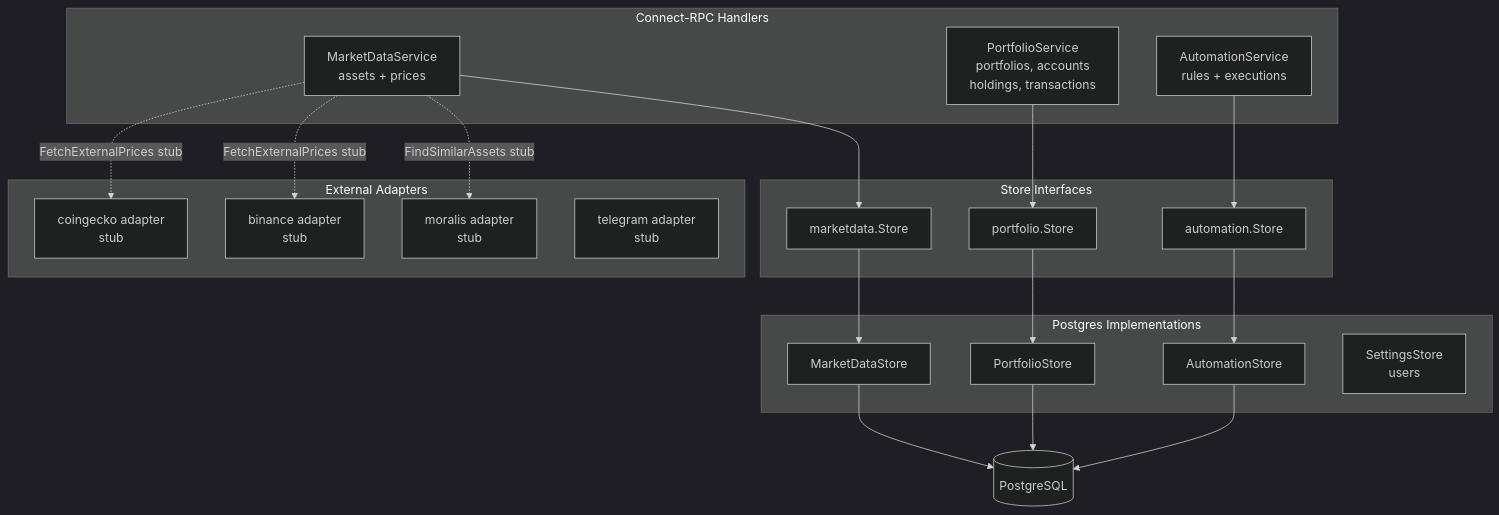
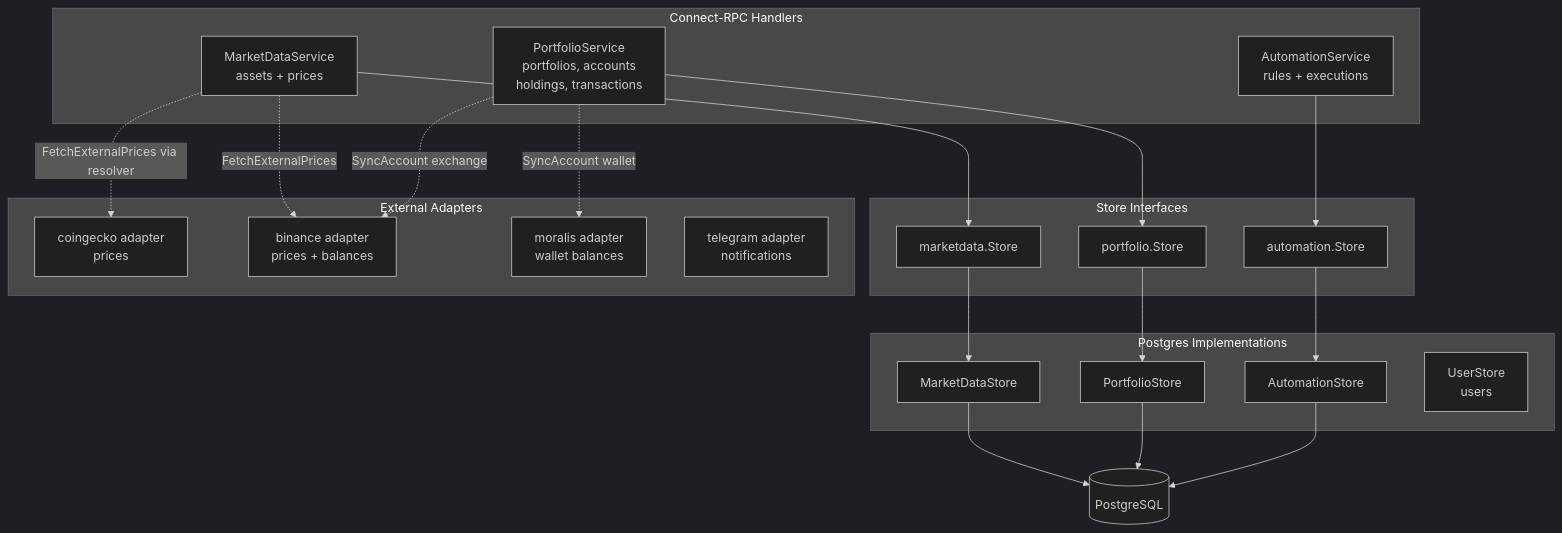
One commit to foxcool/greedy-eye changed the third of 3 diagrams in docs/architecture.md. Above: the diagram before and after it, drawn with Mermaid (dark theme). The commit also changed other lines of this file and 3 other files, not shown here.

First line of the commit message:
docs: actualize architecture/development to match code

````diff
--- a/docs/architecture.md
+++ b/docs/architecture.md
@@ -263,36 +270,37 @@
 ```mermaid
 graph TB
     subgraph "Connect-RPC Handlers"
         MDS[MarketDataService<br/>assets + prices]
         PS[PortfolioService<br/>portfolios, accounts<br/>holdings, transactions]
         AS[AutomationService<br/>rules + executions]
     end
 
     subgraph "Store Interfaces"
         MDSI[marketdata.Store]
         PSI[portfolio.Store]
         ASI[automation.Store]
     end
 
     subgraph "Postgres Implementations"
         MDSP[MarketDataStore]
         PSP[PortfolioStore]
         ASP[AutomationStore]
-        SSP[SettingsStore<br/>users]
+        SSP[UserStore<br/>users]
     end
 
     subgraph "External Adapters"
-        CoinGecko[coingecko adapter<br/>stub]
-        Binance[binance adapter<br/>stub]
-        Moralis[moralis adapter<br/>stub]
-        Telegram[telegram adapter<br/>stub]
+        CoinGecko[coingecko adapter<br/>prices]
+        Binance[binance adapter<br/>prices + balances]
+        Moralis[moralis adapter<br/>wallet balances]
+        Telegram[telegram adapter<br/>notifications]
     end
 
     MDS --> MDSI --> MDSP --> DB[(PostgreSQL)]
     PS  --> PSI  --> PSP  --> DB
     AS  --> ASI  --> ASP  --> DB
 
-    MDS -.->|FetchExternalPrices stub| CoinGecko
-    MDS -.->|FetchExternalPrices stub| Binance
-    MDS -.->|FindSimilarAssets stub| Moralis
+    MDS -.->|FetchExternalPrices via resolver| CoinGecko
+    MDS -.->|FetchExternalPrices| Binance
+    PS  -.->|SyncAccount wallet| Moralis
+    PS  -.->|SyncAccount exchange| Binance
 ```
````
